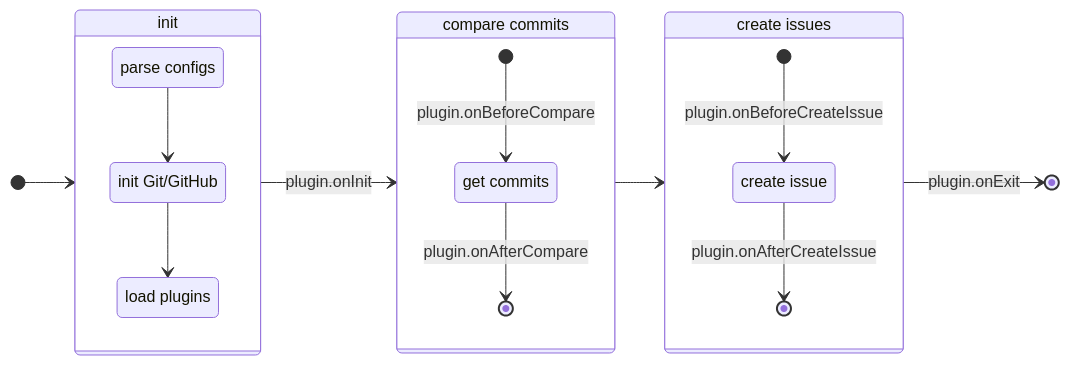
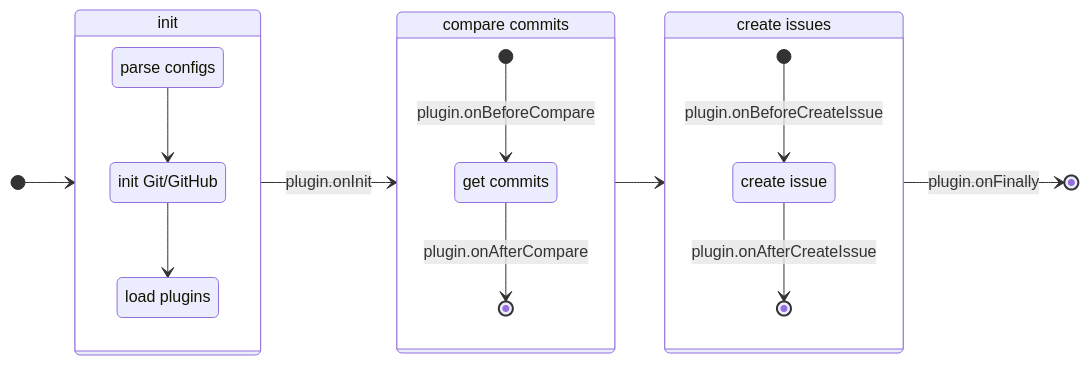
The diagram in CONTRIBUTING.md (Gumball12/yuki-no), drawn with Mermaid before and after one commit. The commit also changed other lines of this file and 93 other files, not shown here.

````diff
--- a/CONTRIBUTING.md
+++ b/CONTRIBUTING.md
@@ -124,35 +143,35 @@
 ```mermaid
 stateDiagram-v2
   direction LR
 
   state "parse configs" as pc
   state "init Git/GitHub" as initGg
   state "load plugins" as lp
 
   state "compare commits" as cc
   state "create issues" as cis
 
   [*] --> init
   init --> cc : plugin.onInit
   cc --> cis
-  cis --> [*] : plugin.onExit
+  cis --> [*] : plugin.onFinally
 
   state init {
     pc --> initGg
     initGg --> lp
   }
 
   state cc {
     state "get commits" as gc
 
     [*] --> gc : plugin.onBeforeCompare
     gc --> [*] : plugin.onAfterCompare
   }
 
   state cis {
     state "create issue" as ci
 
     [*] --> ci : plugin.onBeforeCreateIssue
     ci --> [*] : plugin.onAfterCreateIssue
   }
 ```
````
